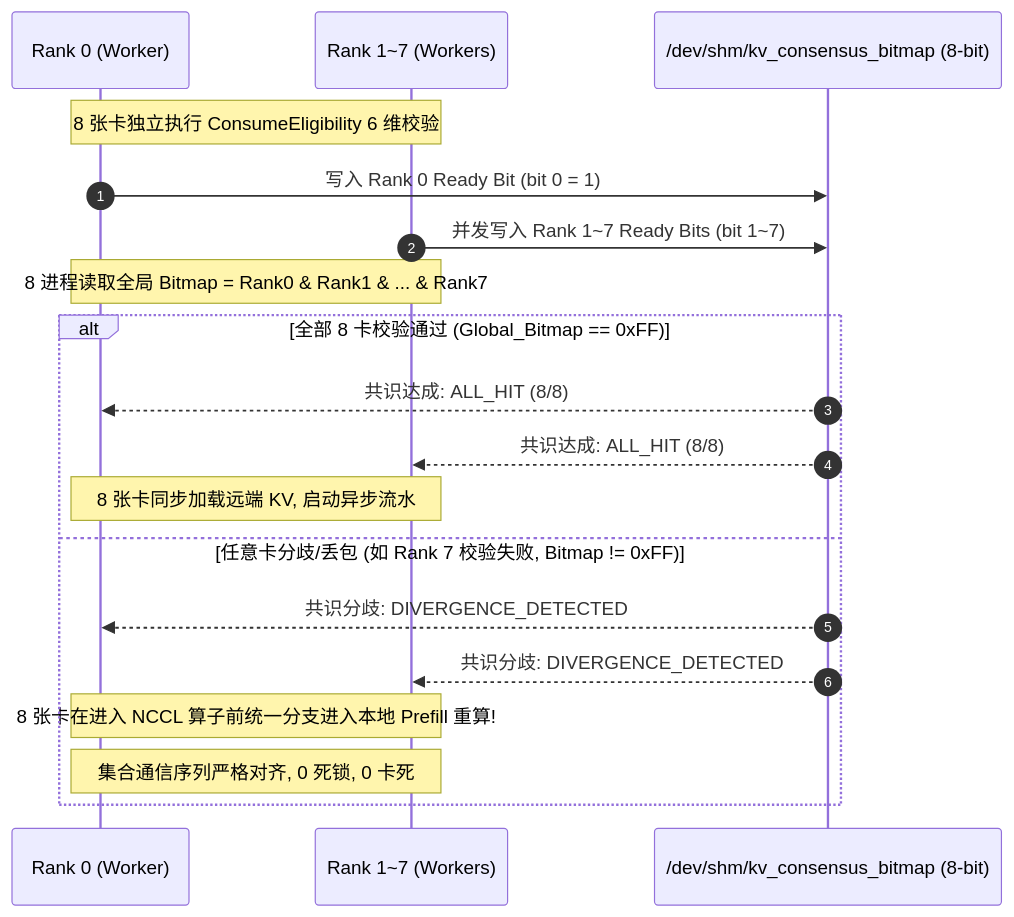
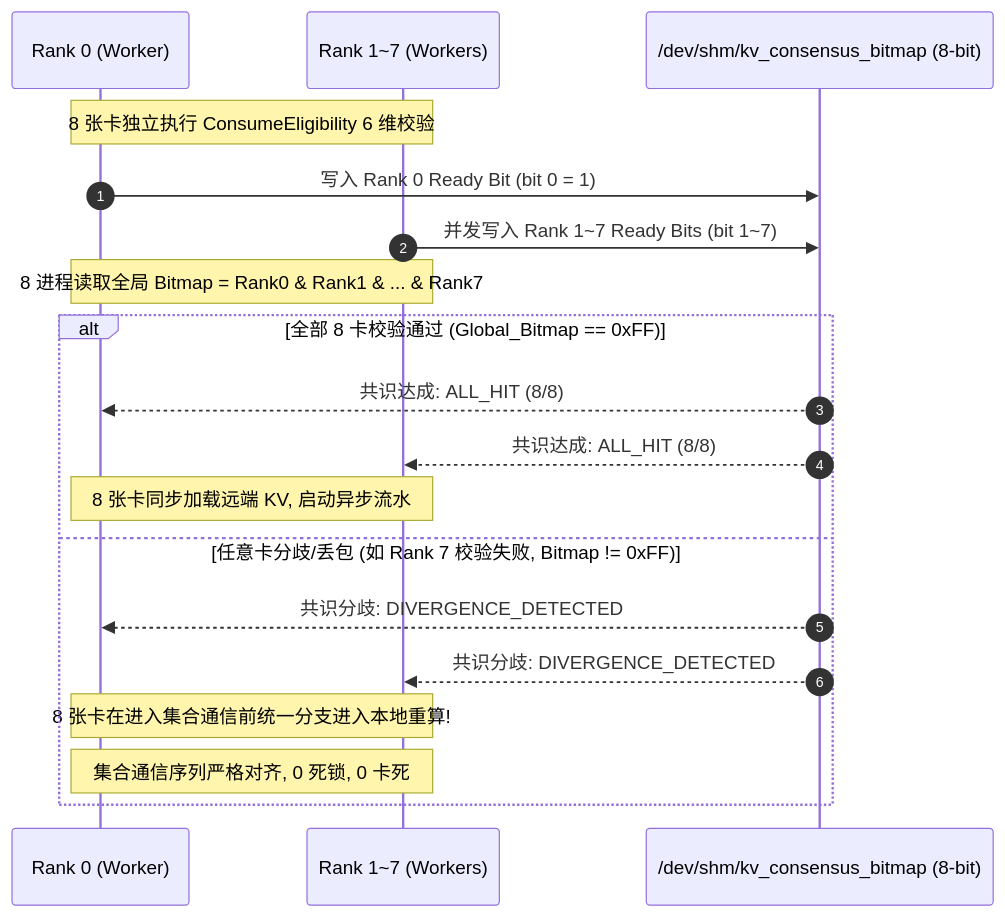
The diagram in kvcache/unified_kv_memory/提前验证方案设计/验证计划方案设计/07_PVT-06_ConsumeEligibility与RankConsensus0错误消费验证实施方案设计.md (stonetree/reports), drawn with Mermaid before and after one commit. The commit also changed other lines of this file and 32 other files, not shown here.

````diff
--- a/kvcache/unified_kv_memory/提前验证方案设计/验证计划方案设计/07_PVT-06_ConsumeEligibility与RankConsensus0错误消费验证实施方案设计.md
+++ b/kvcache/unified_kv_memory/提前验证方案设计/验证计划方案设计/07_PVT-06_ConsumeEligibility与RankConsensus0错误消费验证实施方案设计.md
@@ -121,23 +78,23 @@
 ```mermaid
 sequenceDiagram
     autonumber
     participant R0 as Rank 0 (Worker)
     participant R1_7 as Rank 1~7 (Workers)
     participant Shm as /dev/shm/kv_consensus_bitmap (8-bit)
 
     Note over R0,R1_7: 8 张卡独立执行 ConsumeEligibility 6 维校验
     R0->>Shm: 写入 Rank 0 Ready Bit (bit 0 = 1)
     R1_7->>Shm: 并发写入 Rank 1~7 Ready Bits (bit 1~7)
     
     Note over R0,R1_7: 8 进程读取全局 Bitmap = Rank0 & Rank1 & ... & Rank7
     alt 全部 8 卡校验通过 (Global_Bitmap == 0xFF)
         Shm-->>R0: 共识达成: ALL_HIT (8/8)
         Shm-->>R1_7: 共识达成: ALL_HIT (8/8)
         Note over R0,R1_7: 8 张卡同步加载远端 KV, 启动异步流水
     else 任意卡分歧/丢包 (如 Rank 7 校验失败, Bitmap != 0xFF)
         Shm-->>R0: 共识分歧: DIVERGENCE_DETECTED
         Shm-->>R1_7: 共识分歧: DIVERGENCE_DETECTED
-        Note over R0,R1_7: 8 张卡在进入 NCCL 算子前统一分支进入本地 Prefill 重算!
+        Note over R0,R1_7: 8 张卡在进入集合通信前统一分支进入本地重算!
         Note over R0,R1_7: 集合通信序列严格对齐, 0 死锁, 0 卡死
     end
 ```
````
